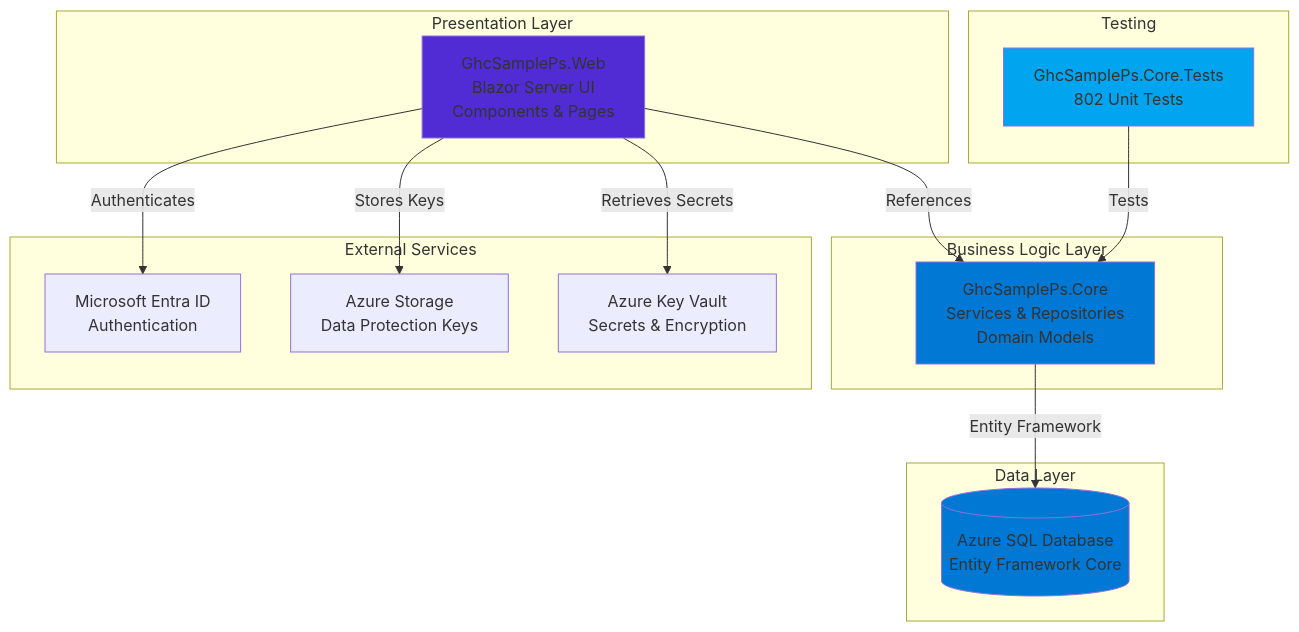
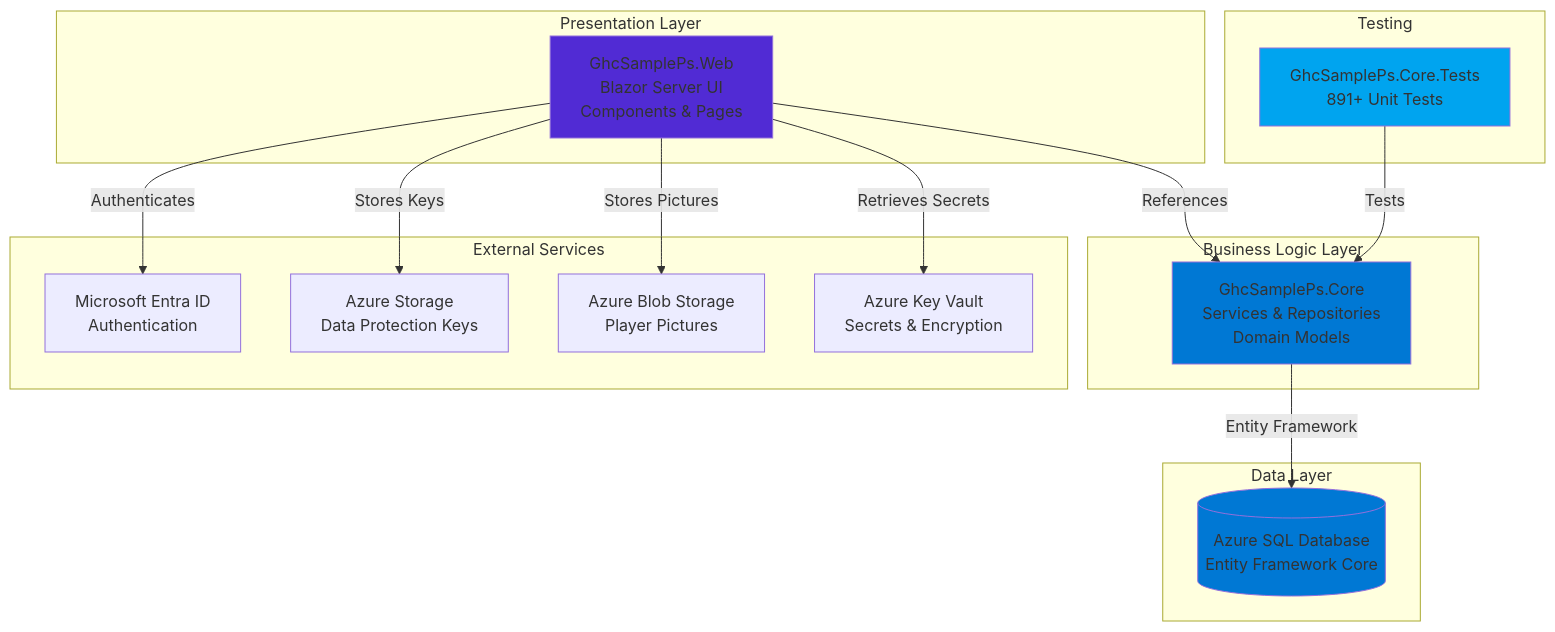
Before and after one commit to ricardocovo/ghc-sample-ps: the first of 2 diagrams in README.md, drawn with Mermaid. The commit also changed other lines of this file, not shown here.

````diff
--- a/README.md
+++ b/README.md
@@ -107,36 +146,38 @@
 ```mermaid
 graph TB
     subgraph "Presentation Layer"
         Web[GhcSamplePs.Web<br/>Blazor Server UI<br/>Components & Pages]
     end
 
     subgraph "Business Logic Layer"
         Core[GhcSamplePs.Core<br/>Services & Repositories<br/>Domain Models]
     end
 
     subgraph "Data Layer"
         DB[(Azure SQL Database<br/>Entity Framework Core)]
     end
 
     subgraph "External Services"
         EntraID[Microsoft Entra ID<br/>Authentication]
         Storage[Azure Storage<br/>Data Protection Keys]
+        BlobStorage[Azure Blob Storage<br/>Player Pictures]
         KV[Azure Key Vault<br/>Secrets & Encryption]
     end
 
     subgraph "Testing"
-        Tests[GhcSamplePs.Core.Tests<br/>802 Unit Tests]
+        Tests[GhcSamplePs.Core.Tests<br/>891+ Unit Tests]
     end
 
     Web -->|References| Core
     Core -->|Entity Framework| DB
     Web -->|Authenticates| EntraID
     Web -->|Stores Keys| Storage
+    Web -->|Stores Pictures| BlobStorage
     Web -->|Retrieves Secrets| KV
     Tests -->|Tests| Core
 
     style Web fill:#512BD4
     style Core fill:#0078D4
     style DB fill:#0078D4
     style Tests fill:#00A4EF
 ```
````
